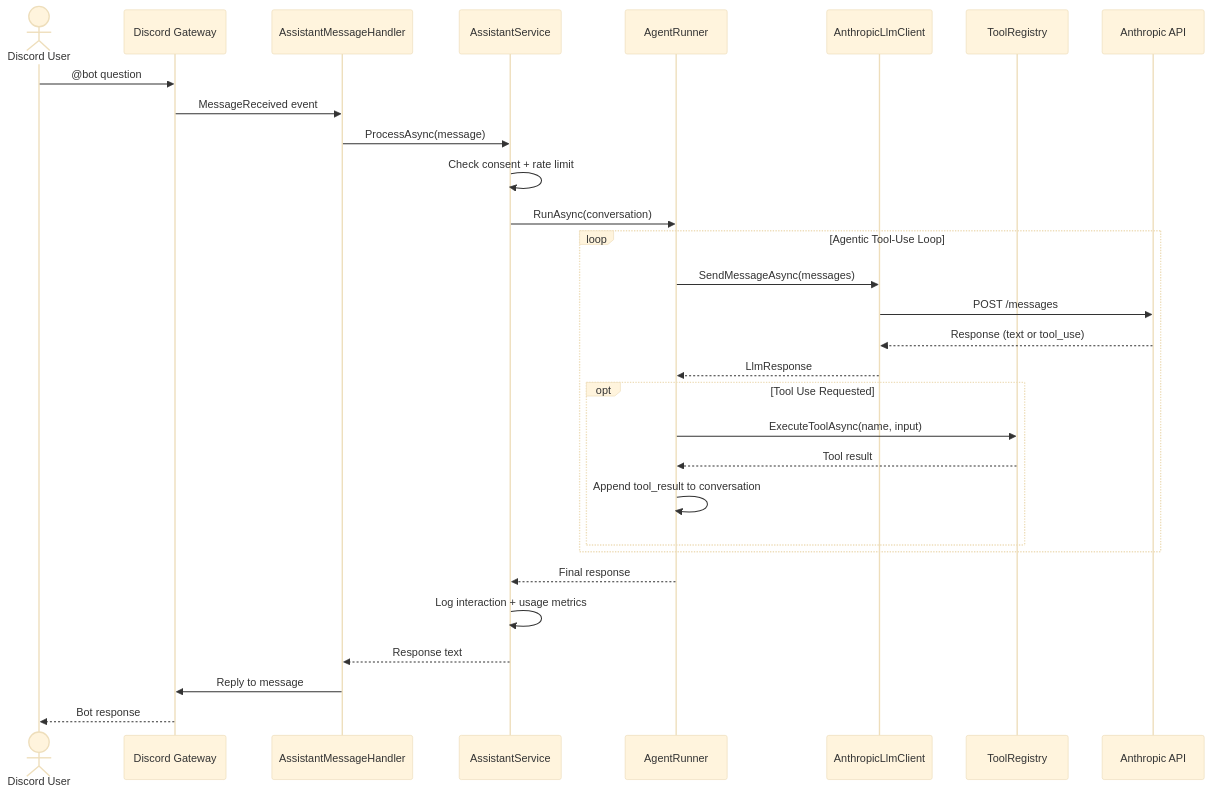
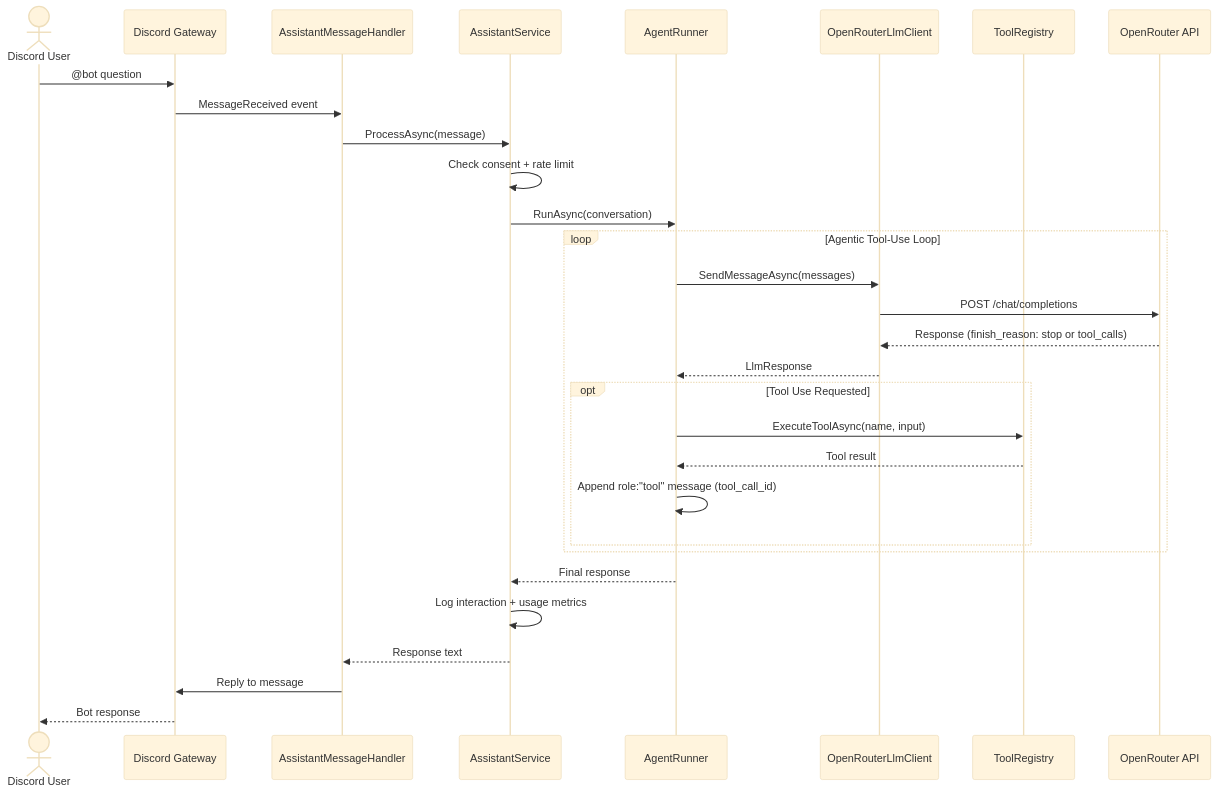
Before and after one commit to cpike5/discordbot: the sixth of 13 diagrams in docs/architecture-diagrams.md, drawn with Mermaid (base theme). The commit also changed other lines of this file and 28 other files, not shown here.

````diff
--- a/docs/architecture-diagrams.md
+++ b/docs/architecture-diagrams.md
@@ -250,37 +250,37 @@
 ```mermaid
 sequenceDiagram
     actor User as Discord User
     participant Discord as Discord Gateway
     participant Handler as AssistantMessageHandler
     participant Svc as AssistantService
     participant Agent as AgentRunner
-    participant LLM as AnthropicLlmClient
+    participant LLM as OpenRouterLlmClient
     participant Tools as ToolRegistry
-    participant API as Anthropic API
+    participant API as OpenRouter API
 
     User ->> Discord: @bot question
     Discord ->> Handler: MessageReceived event
     Handler ->> Svc: ProcessAsync(message)
 
     Svc ->> Svc: Check consent + rate limit
     Svc ->> Agent: RunAsync(conversation)
 
     loop Agentic Tool-Use Loop
         Agent ->> LLM: SendMessageAsync(messages)
-        LLM ->> API: POST /messages
-        API -->> LLM: Response (text or tool_use)
+        LLM ->> API: POST /chat/completions
+        API -->> LLM: Response (finish_reason: stop or tool_calls)
         LLM -->> Agent: LlmResponse
 
         opt Tool Use Requested
             Agent ->> Tools: ExecuteToolAsync(name, input)
             Tools -->> Agent: Tool result
-            Agent ->> Agent: Append tool_result to conversation
+            Agent ->> Agent: Append role:"tool" message (tool_call_id)
         end
     end
 
     Agent -->> Svc: Final response
     Svc ->> Svc: Log interaction + usage metrics
     Svc -->> Handler: Response text
     Handler ->> Discord: Reply to message
     Discord -->> User: Bot response
 ```
````
